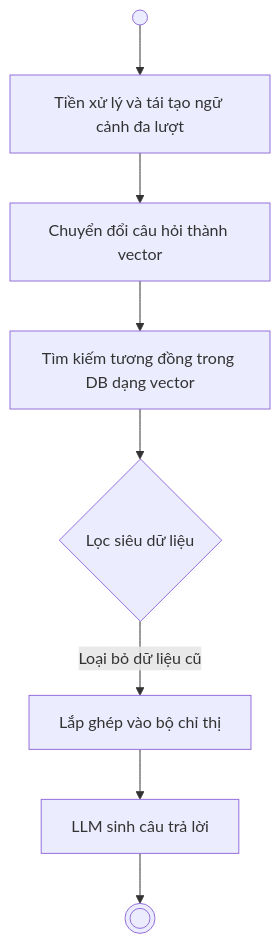
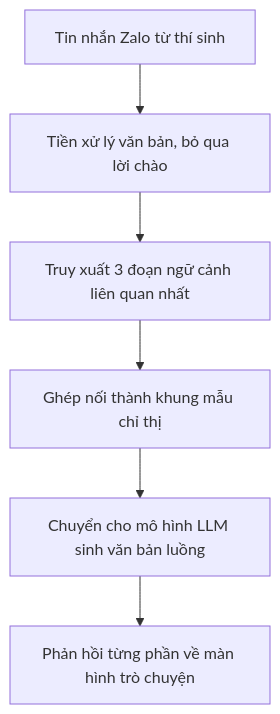
One commit to tranhongs0n/DATN changed the fifth of 7 diagrams in Planning/Content/2_Chuong2.md. Above: the diagram before and after it, drawn with Mermaid. The commit also changed other lines of this file and 17 other files, not shown here.

````diff
--- a/Planning/Content/2_Chuong2.md
+++ b/Planning/Content/2_Chuong2.md
@@ -91,10 +164,8 @@
 ```mermaid
 graph TD
-    A(( )) --> B[Tiền xử lý và tái tạo ngữ cảnh đa lượt]
-    B --> C[Chuyển đổi câu hỏi thành vector]
-    C --> D[Tìm kiếm tương đồng trong DB dạng vector]
-    D --> E{Lọc siêu dữ liệu}
-    E -->|Loại bỏ dữ liệu cũ| F[Lắp ghép vào bộ chỉ thị]
-    F --> G[LLM sinh câu trả lời]
-    G --> H((( )))
+    A[Tin nhắn Zalo từ thí sinh] --> B[Tiền xử lý văn bản, bỏ qua lời chào]
+    B --> C[Truy xuất 3 đoạn ngữ cảnh liên quan nhất]
+    C --> D[Ghép nối thành khung mẫu chỉ thị]
+    D --> E[Chuyển cho mô hình LLM sinh văn bản luồng]
+    E --> F[Phản hồi từng phần về màn hình trò chuyện]
 ```
````
